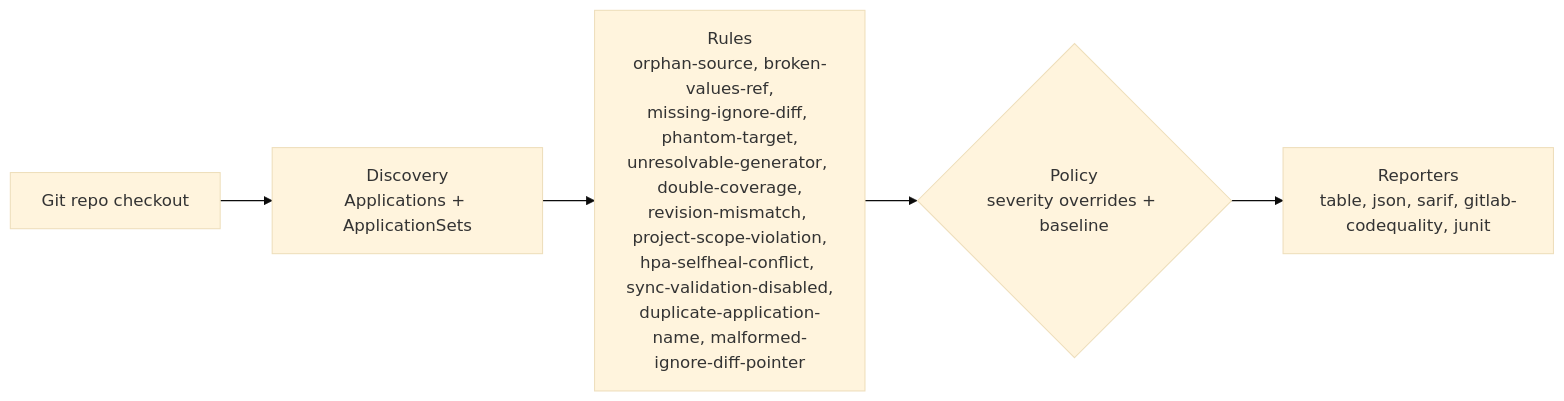
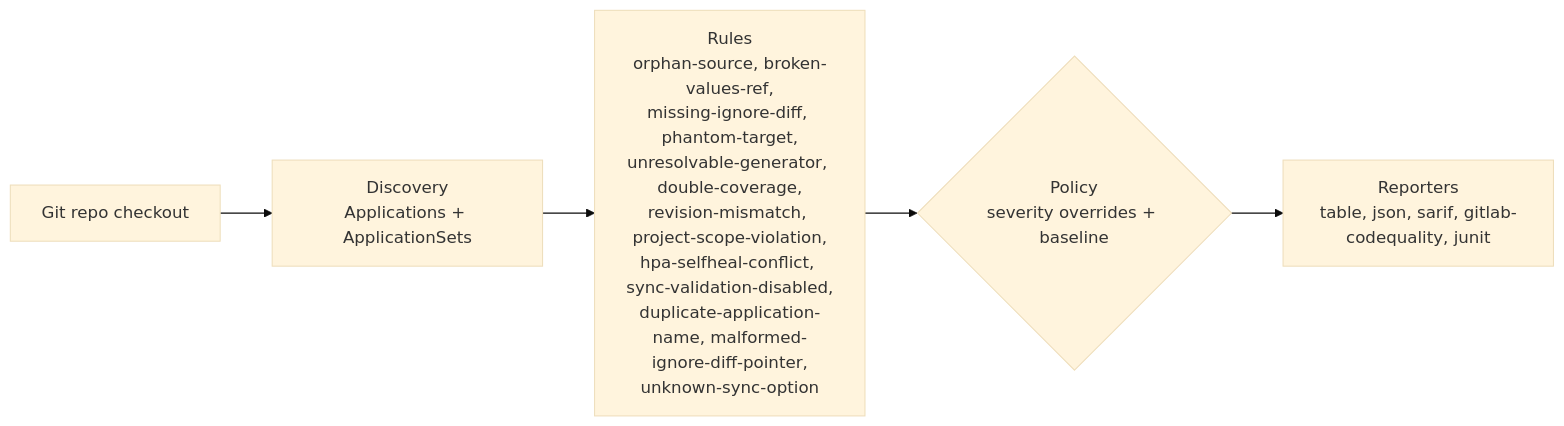
One commit to actions-marketplace-validations/gillesl-dev_argocd-source-lint changed the diagram in README.md. Above: the diagram before and after it, drawn with Mermaid (base theme). The commit also changed other lines of this file and 10 other files, not shown here.

````diff
--- a/README.md
+++ b/README.md
@@ -73,7 +74,7 @@
 ```mermaid
 flowchart LR
     A["Git repo checkout"] --> B["Discovery<br/>Applications + ApplicationSets"]
-    B --> C["Rules<br/>orphan-source, broken-values-ref,<br/>missing-ignore-diff, phantom-target,<br/>unresolvable-generator, double-coverage,<br/>revision-mismatch, project-scope-violation,<br/>hpa-selfheal-conflict, sync-validation-disabled,<br/>duplicate-application-name, malformed-ignore-diff-pointer"]
+    B --> C["Rules<br/>orphan-source, broken-values-ref,<br/>missing-ignore-diff, phantom-target,<br/>unresolvable-generator, double-coverage,<br/>revision-mismatch, project-scope-violation,<br/>hpa-selfheal-conflict, sync-validation-disabled,<br/>duplicate-application-name, malformed-ignore-diff-pointer,<br/>unknown-sync-option"]
     C --> D{"Policy<br/>severity overrides + baseline"}
     D --> E["Reporters<br/>table, json, sarif, gitlab-codequality, junit"]
 ```
````
